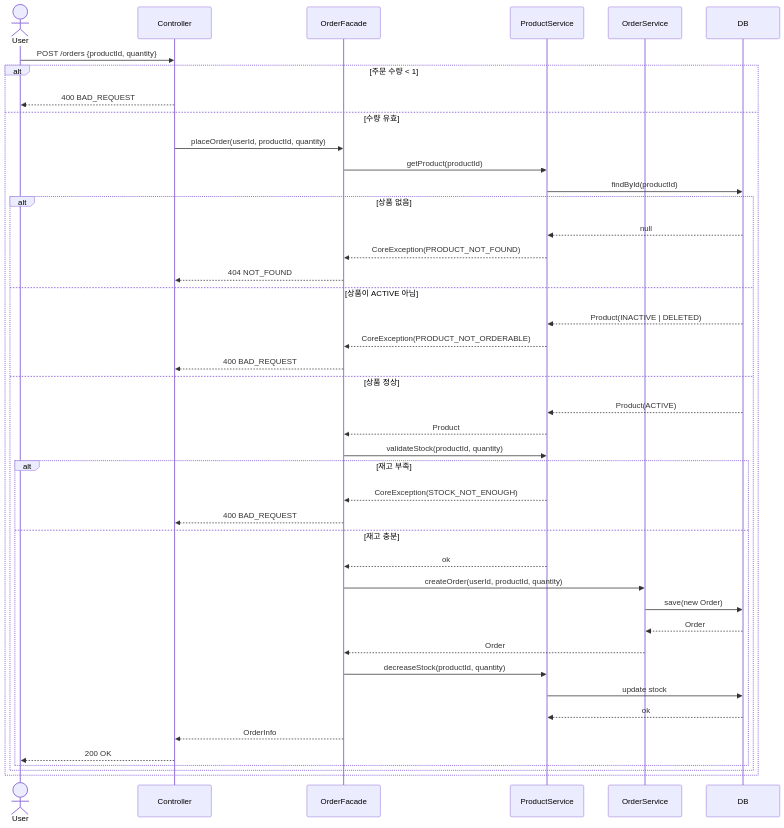
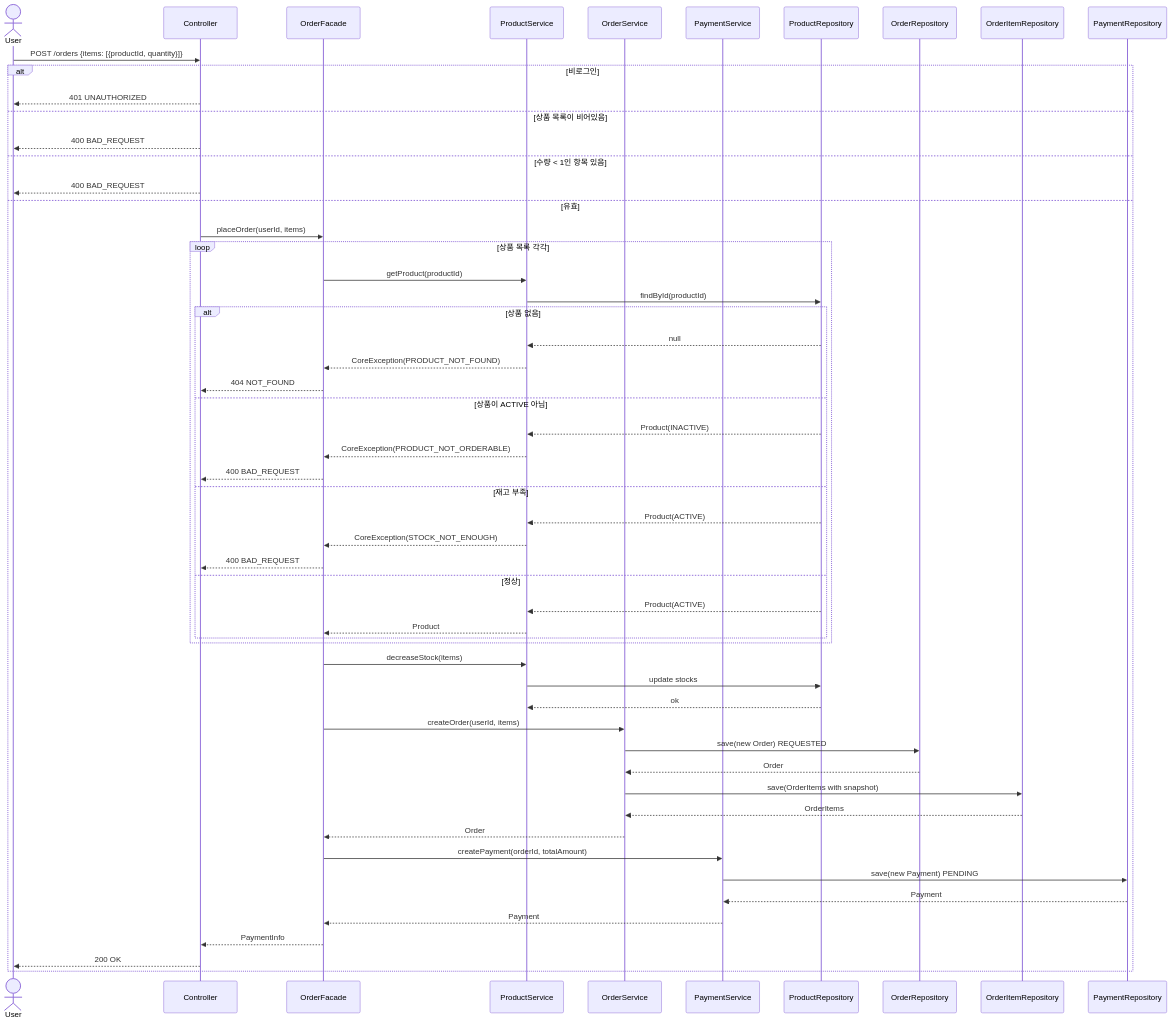
One commit to loopers-labs/loop-pack-be-l2-vol4-java changed the second of 4 diagrams in docs/design/02-sequence-diagrams.md. Above: the diagram before and after it, drawn with Mermaid. The commit also changed other lines of this file, not shown here.

Commit message:
docs : 시퀸스 다이어그램 작성

````diff
--- a/docs/design/02-sequence-diagrams.md
+++ b/docs/design/02-sequence-diagrams.md
@@ -58,54 +58,66 @@
 ```mermaid
 sequenceDiagram
     actor User
     participant Controller
     participant OrderFacade
     participant ProductService
     participant OrderService
-    participant DB
+    participant PaymentService
+    participant ProductRepository
+    participant OrderRepository
+    participant OrderItemRepository
+    participant PaymentRepository
 
-    User->>Controller: POST /orders {productId, quantity}
+    User->>Controller: POST /orders {items: [{productId, quantity}]}
 
-    alt 주문 수량 < 1
+    alt 비로그인
+        Controller-->>User: 401 UNAUTHORIZED
+    else 상품 목록이 비어있음
         Controller-->>User: 400 BAD_REQUEST
-    else 수량 유효
-        Controller->>OrderFacade: placeOrder(userId, productId, quantity)
+    else 수량 < 1인 항목 있음
+        Controller-->>User: 400 BAD_REQUEST
+    else 유효
+        Controller->>OrderFacade: placeOrder(userId, items)
 
-        OrderFacade->>ProductService: getProduct(productId)
-        ProductService->>DB: findById(productId)
+        loop 상품 목록 각각
+            OrderFacade->>ProductService: getProduct(productId)
+            ProductService->>ProductRepository: findById(productId)
 
-        alt 상품 없음
-            DB-->>ProductService: null
-            ProductService-->>OrderFacade: CoreException(PRODUCT_NOT_FOUND)
-            OrderFacade-->>Controller: 404 NOT_FOUND
-        else 상품이 ACTIVE 아님
-            DB-->>ProductService: Product(INACTIVE | DELETED)
-            ProductService-->>OrderFacade: CoreException(PRODUCT_NOT_ORDERABLE)
-            OrderFacade-->>Controller: 400 BAD_REQUEST
-        else 상품 정상
-            DB-->>ProductService: Product(ACTIVE)
-            ProductService-->>OrderFacade: Product
-
-            OrderFacade->>ProductService: validateStock(productId, quantity)
-
-            alt 재고 부족
+            alt 상품 없음
+                ProductRepository-->>ProductService: null
+                ProductService-->>OrderFacade: CoreException(PRODUCT_NOT_FOUND)
+                OrderFacade-->>Controller: 404 NOT_FOUND
+            else 상품이 ACTIVE 아님
+                ProductRepository-->>ProductService: Product(INACTIVE)
+                ProductService-->>OrderFacade: CoreException(PRODUCT_NOT_ORDERABLE)
+                OrderFacade-->>Controller: 400 BAD_REQUEST
+            else 재고 부족
+                ProductRepository-->>ProductService: Product(ACTIVE)
                 ProductService-->>OrderFacade: CoreException(STOCK_NOT_ENOUGH)
                 OrderFacade-->>Controller: 400 BAD_REQUEST
-            else 재고 충분
-                ProductService-->>OrderFacade: ok
-
-                OrderFacade->>OrderService: createOrder(userId, productId, quantity)
-                OrderService->>DB: save(new Order)
-                DB-->>OrderService: Order
-                OrderService-->>OrderFacade: Order
-
-                OrderFacade->>ProductService: decreaseStock(productId, quantity)
-                ProductService->>DB: update stock
-                DB-->>ProductService: ok
-
-                OrderFacade-->>Controller: OrderInfo
-                Controller-->>User: 200 OK
+            else 정상
+                ProductRepository-->>ProductService: Product(ACTIVE)
+                ProductService-->>OrderFacade: Product
             end
         end
+
+        OrderFacade->>ProductService: decreaseStock(items)
+        ProductService->>ProductRepository: update stocks
+        ProductRepository-->>ProductService: ok
+
+        OrderFacade->>OrderService: createOrder(userId, items)
+        OrderService->>OrderRepository: save(new Order) REQUESTED
+        OrderRepository-->>OrderService: Order
+        OrderService->>OrderItemRepository: save(OrderItems with snapshot)
+        OrderItemRepository-->>OrderService: OrderItems
+        OrderService-->>OrderFacade: Order
+
+        OrderFacade->>PaymentService: createPayment(orderId, totalAmount)
+        PaymentService->>PaymentRepository: save(new Payment) PENDING
+        PaymentRepository-->>PaymentService: Payment
+        PaymentService-->>OrderFacade: Payment
+
+        OrderFacade-->>Controller: PaymentInfo
+        Controller-->>User: 200 OK
     end
 ```
````
